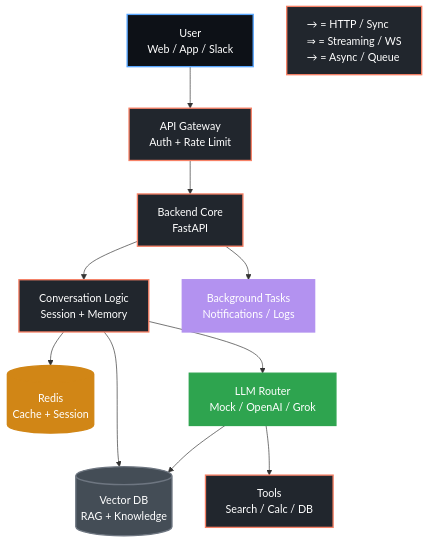
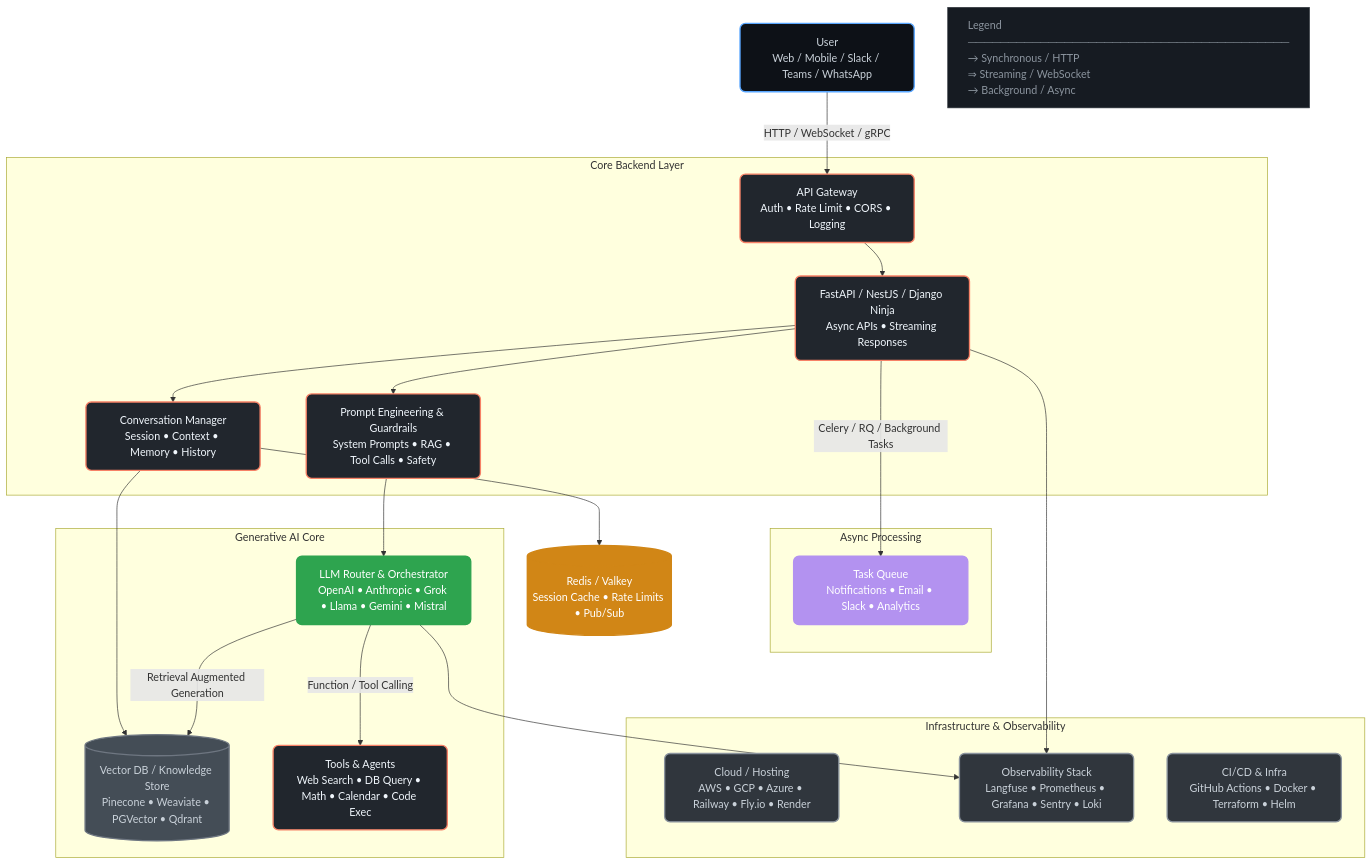
The diagram in README.md (Biradarmahadev/Generative-AI-Support-Assistant-Backend), drawn with Mermaid before and after one commit.

````diff
--- a/README.md
+++ b/README.md
@@ -53,25 +53,55 @@
 ```mermaid
 graph TD
-    %% Minimal styling for mobile readability
-    classDef user fill:#0d1117,stroke:#58a6ff,stroke-width:2px,color:#fff
-    classDef api fill:#21262d,stroke:#f78166,stroke-width:2px,color:#fff
-    classDef llm fill:#2ea44f,stroke:#2ea44f,stroke-width:2px,color:#fff
-    classDef db fill:#444d56,stroke:#6e7681,stroke-width:2px,color:#fff
-    classDef cache fill:#d18616,stroke:#d18616,stroke-width:2px,color:#fff
-    classDef queue fill:#b392f0,stroke:#b392f0,stroke-width:2px,color:#fff
+    %% Styling for dark/light mode compatibility
+    classDef frontend fill:#0d1117,stroke:#58a6ff,stroke-width:2px,color:#c9d1d9,rx:8px,ry:8px
+    classDef api fill:#21262d,stroke:#f78166,stroke-width:2px,color:#f0f6fc,rx:8px,ry:8px
+    classDef llm fill:#2ea44f,stroke:#2ea44f,stroke-width:2px,color:#fff,rx:8px,ry:8px
+    classDef db fill:#444d56,stroke:#6e7681,stroke-width:2px,color:#c9d1d9,rx:8px,ry:8px
+    classDef cache fill:#d18616,stroke:#d18616,stroke-width:2px,color:#fff,rx:8px,ry:8px
+    classDef queue fill:#b392f0,stroke:#b392f0,stroke-width:2px,color:#fff,rx:8px,ry:8px
+    classDef infra fill:#30363d,stroke:#8b949e,stroke-width:2px,color:#c9d1d9,rx:8px,ry:8px
+    classDef legend fill:#161b22,stroke:#30363d,stroke-width:1px,color:#8b949e
 
-    %% Simple flow
-    A[User<br>Web / App / Slack]:::user --> B[API Gateway<br>Auth + Rate Limit]:::api
-    B --> C[Backend Core<br>FastAPI]:::api
-    C --> D[Conversation Logic<br>Session + Memory]:::api
-    D --> E[(Redis<br>Cache + Session)]:::cache
-    D --> F[(Vector DB<br>RAG + Knowledge)]:::db
-    D --> G[LLM Router<br>Mock / OpenAI / Grok]:::llm
-    G --> H[Tools<br>Search / Calc / DB]:::api
-    G --> F
-    C --> I[Background Tasks<br>Notifications / Logs]:::queue
+    %% Main user flow
+    A[User<br>Web / Mobile / Slack / Teams / WhatsApp]:::frontend
+    A -->|HTTP / WebSocket / gRPC| B[API Gateway<br>Auth • Rate Limit • CORS • Logging]:::api
 
-    %% Mobile-friendly legend
-    Legend[→ = HTTP / Sync<br>⇒ = Streaming / WS<br>→ = Async / Queue]:::api
+    subgraph "Core Backend Layer"
+        B --> C[FastAPI / NestJS / Django Ninja<br>Async APIs • Streaming Responses]:::api
+        C --> D[Conversation Manager<br>Session • Context • Memory • History]:::api
+        C --> E[Prompt Engineering & Guardrails<br>System Prompts • RAG • Tool Calls • Safety]:::api
+    end
+
+    D --> F[(Vector DB / Knowledge Store<br>Pinecone • Weaviate • PGVector • Qdrant)]:::db
+    D --> G[(Redis / Valkey<br>Session Cache • Rate Limits • Pub/Sub)]:::cache
+
+    subgraph "Generative AI Core"
+        E --> H[LLM Router & Orchestrator<br>OpenAI • Anthropic • Grok • Llama • Gemini • Mistral]:::llm
+        H -->|Function / Tool Calling| I[Tools & Agents<br>Web Search • DB Query • Math • Calendar • Code Exec]:::api
+        H -->|Retrieval Augmented Generation| F
+    end
+
+    subgraph "Async Processing"
+        C -->|Celery / RQ / Background Tasks| J[Task Queue<br>Notifications • Email • Slack • Analytics]:::queue
+    end
+
+    subgraph "Infrastructure & Observability"
+        K[Cloud / Hosting<br>AWS • GCP • Azure • Railway • Fly.io • Render]:::infra
+        L[Observability Stack<br>Langfuse • Prometheus • Grafana • Sentry • Loki]:::infra
+        M[CI/CD & Infra<br>GitHub Actions • Docker • Terraform • Helm]:::infra
+    end
+
+    %% Infrastructure connections (dotted lines)
+    B ~~~ K
+    C ~~~ K
+    H ~~~ K
+    J ~~~ K
+    C --> L
+    H --> L
+    C ~~~ M
+
+    %% Legend at bottom
+    Legend[Legend ────────────────────────────────────────<br>→ Synchronous / HTTP<br>⇒ Streaming / WebSocket<br>→ Background / Async]:::legend
+
     style Legend text-align:left
 ```
````
